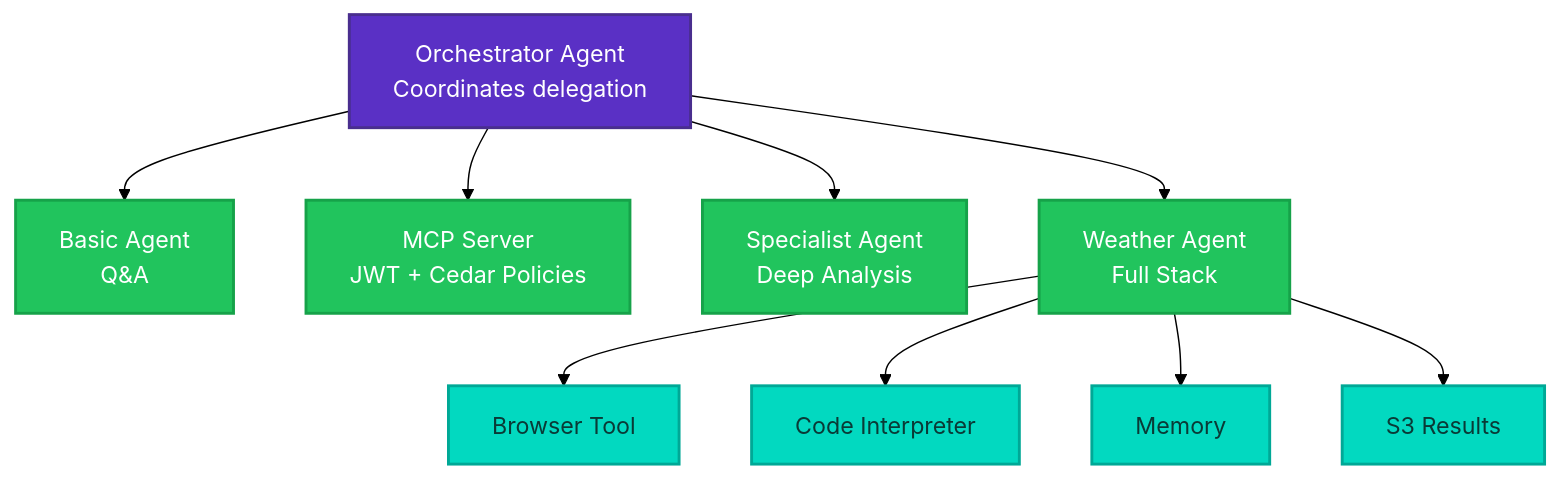
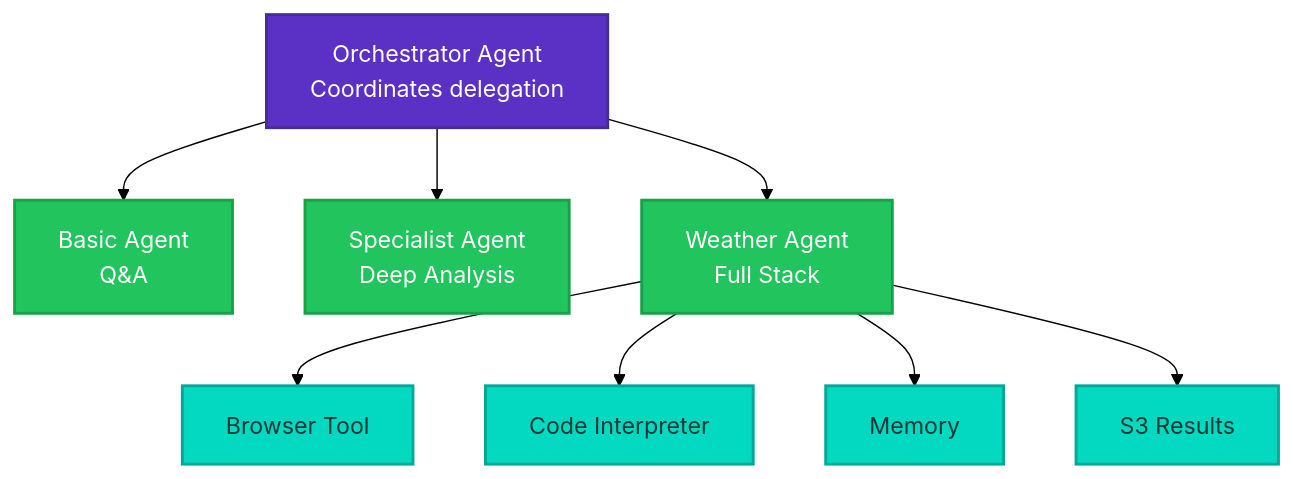
Before and after one commit to dirien/pulumi-ai-aws-bedrock-workshop: the diagram in index.md, drawn with Mermaid (forest theme). The commit also changed other lines of this file and 61 other files, not shown here.

````diff
--- a/index.md
+++ b/index.md
@@ -14,24 +14,22 @@
 ```mermaid
 flowchart TD
     O["Orchestrator Agent<br/>Coordinates delegation"]
     style O fill:#5a30c5,color:#fff,stroke:#492e8e,stroke-width:2px
 
     O --> A["Basic Agent<br/>Q&A"]
-    O --> B["MCP Server<br/>JWT + Cedar Policies"]
     O --> C["Specialist Agent<br/>Deep Analysis"]
     O --> D["Weather Agent<br/>Full Stack"]
 
     D --> E["Browser Tool"]
     D --> F["Code Interpreter"]
     D --> G["Memory"]
     D --> H["S3 Results"]
 
     style A fill:#21c45d,color:#fff,stroke:#16a249,stroke-width:2px
-    style B fill:#21c45d,color:#fff,stroke:#16a249,stroke-width:2px
     style C fill:#21c45d,color:#fff,stroke:#16a249,stroke-width:2px
     style D fill:#21c45d,color:#fff,stroke:#16a249,stroke-width:2px
     style E fill:#02d9c0,color:#0a3a36,stroke:#00a896,stroke-width:2px
     style F fill:#02d9c0,color:#0a3a36,stroke:#00a896,stroke-width:2px
     style G fill:#02d9c0,color:#0a3a36,stroke:#00a896,stroke-width:2px
     style H fill:#02d9c0,color:#0a3a36,stroke:#00a896,stroke-width:2px
 ```
````
